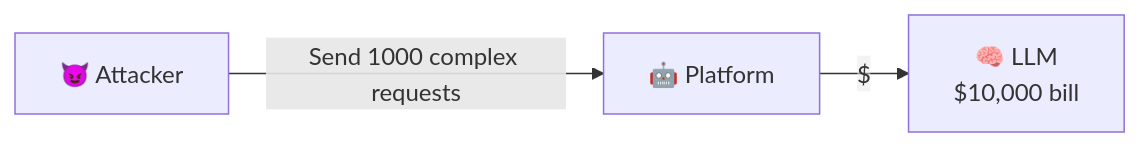
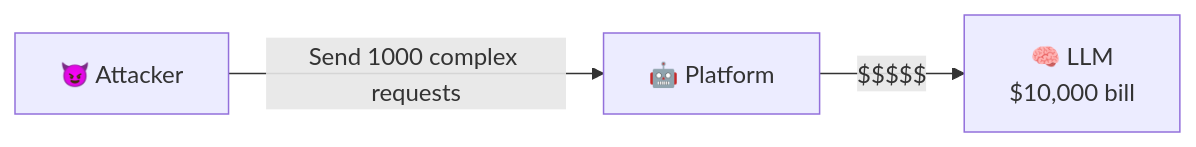
One commit to roie9876/AI-Agent-Platform changed diagram 17 of 20 in education/en/12-security-isolation.md. Above: the diagram before and after it, drawn with Mermaid. The commit also changed 11 other files, not shown here.

First line of the commit message:
fix: escape dollar signs in mermaid diagrams to prevent KaTeX parsing

````diff
--- a/education/en/12-security-isolation.md
+++ b/education/en/12-security-isolation.md
@@ -409,5 +409,5 @@
 ```mermaid
 graph LR
     Attacker["😈 Attacker"] -->|"Send 1000 complex requests"| Platform["🤖 Platform"]
-    Platform -->|"$$$$$"| LLM["🧠 LLM<br/>$10,000 bill"]
+    Platform -->|"#36;#36;#36;#36;#36;"| LLM["🧠 LLM<br/>#36;10,000 bill"]
 ```
````
